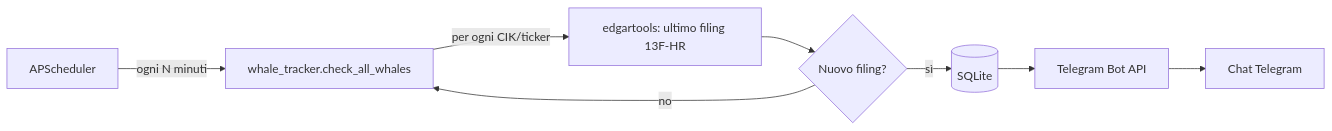
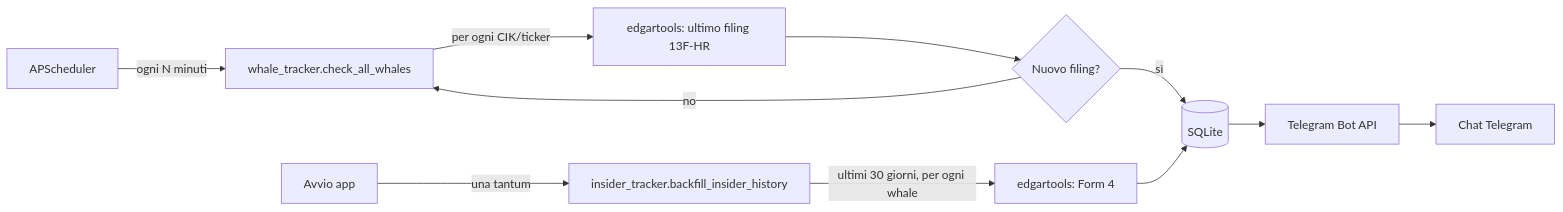
The diagram in README.md (umbertocicero/whale_alert), drawn with Mermaid before and after one commit. The commit also changed other lines of this file, not shown here.

````diff
--- a/README.md
+++ b/README.md
@@ -28,10 +29,14 @@
 ```mermaid
 flowchart LR
     A[APScheduler] -- ogni N minuti --> B[whale_tracker.check_all_whales]
     B -- per ogni CIK/ticker --> C[edgartools: ultimo filing 13F-HR]
     C --> D{Nuovo filing?}
     D -- no --> B
     D -- sì --> E[(SQLite)]
     E --> F[Telegram Bot API]
     F --> G[Chat Telegram]
+
+    H[Avvio app] -- una tantum --> I[insider_tracker.backfill_insider_history]
+    I -- ultimi 30 giorni, per ogni whale --> J[edgartools: Form 4]
+    J --> E
 ```
````
